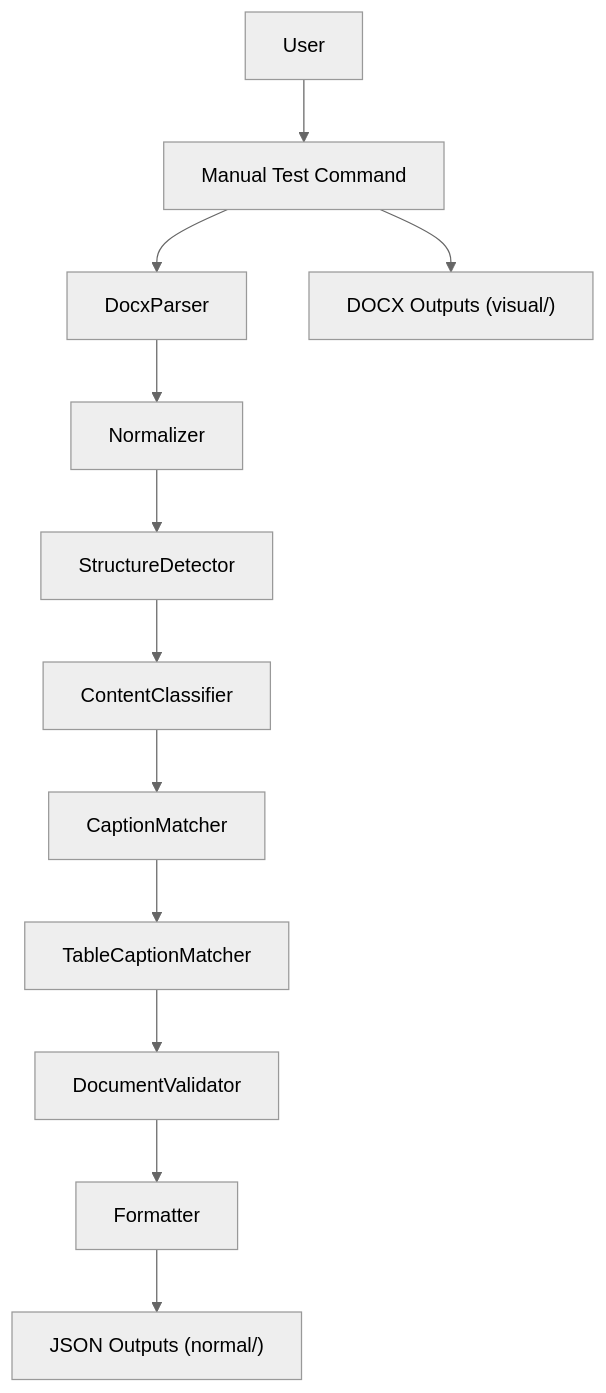
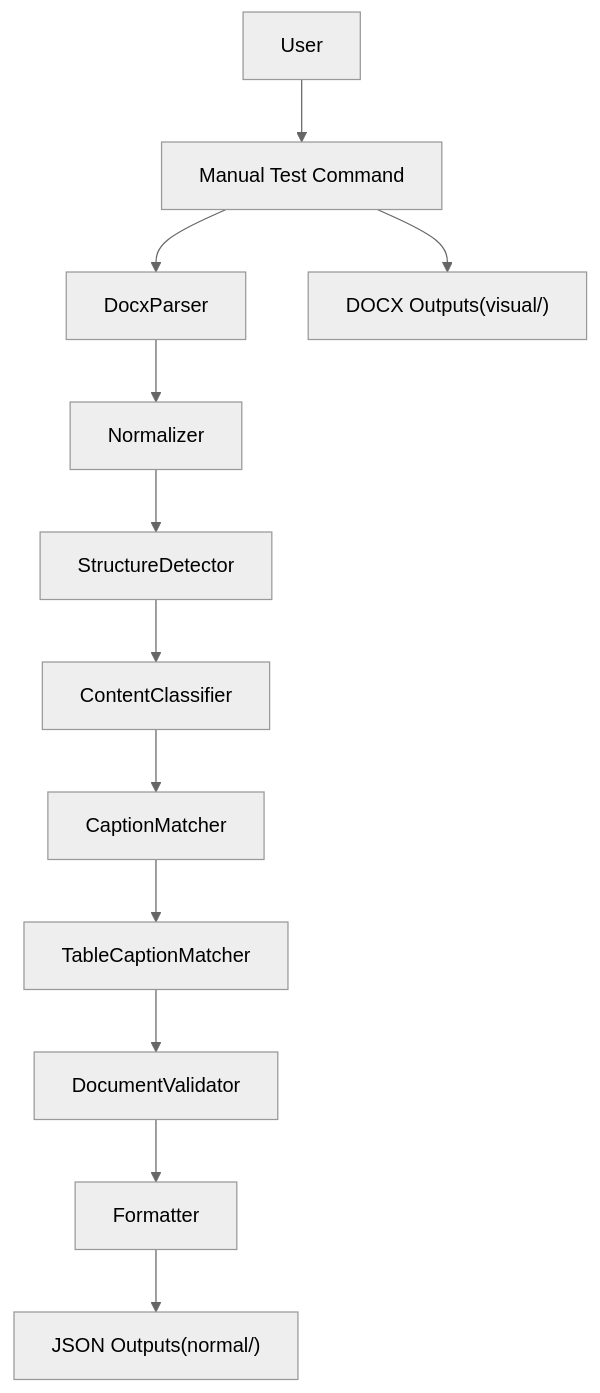
The second of 3 diagrams in docs/docs/knowledge/Testing Strategy/Manual Testing/Manual Testing.md (rohitkumarnaidu/ScholarFormAI), drawn with Mermaid (neutral theme) before and after one commit. The commit also changed 73 other files, not shown here.

First line of the commit message:
docs: enterprise-level markdown upgrade with Mermaid diagrams

````diff
--- a/docs/docs/knowledge/Testing Strategy/Manual Testing/Manual Testing.md
+++ b/docs/docs/knowledge/Testing Strategy/Manual Testing/Manual Testing.md
@@ -172,26 +172,26 @@
 ```mermaid
 graph TB
 U["User"]
 CMD["Manual Test Command"]
 PARSER["DocxParser"]
 NORMALIZE["Normalizer"]
 STRUCT["StructureDetector"]
 CLASS["ContentClassifier"]
 FIGMATCH["CaptionMatcher"]
 TABMATCH["TableCaptionMatcher"]
 VALID["DocumentValidator"]
 FORM["Formatter"]
-OUT_JSON["JSON Outputs (normal/)"]
-OUT_DOCX["DOCX Outputs (visual/)"]
+OUT_JSON["JSON Outputs(normal/)"]
+OUT_DOCX["DOCX Outputs(visual/)"]
 U --> CMD
 CMD --> PARSER
 PARSER --> NORMALIZE
 NORMALIZE --> STRUCT
 STRUCT --> CLASS
 CLASS --> FIGMATCH
 FIGMATCH --> TABMATCH
 TABMATCH --> VALID
 VALID --> FORM
 FORM --> OUT_JSON
 CMD --> OUT_DOCX
 ```
````
